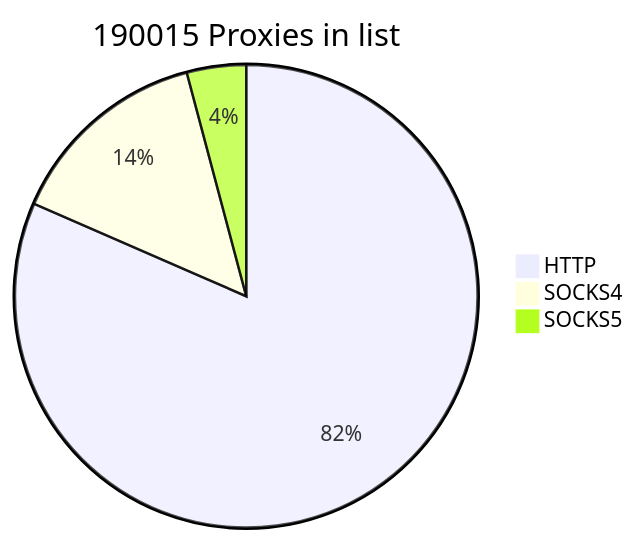
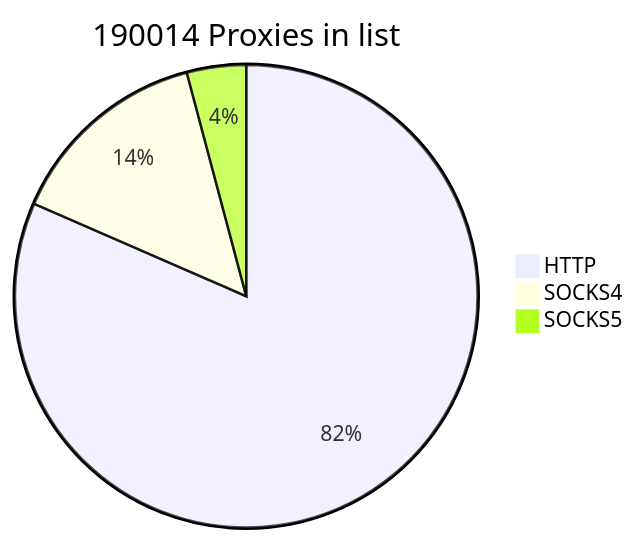
One commit to cutipu/proxylist changed the first of 2 diagrams in README.md. Above: the diagram before and after it, drawn with Mermaid. The commit also changed other lines of this file, not shown here.

````diff
--- a/README.md
+++ b/README.md
@@ -2,7 +2,7 @@
 ```mermaid
-pie title 190015 Proxies in list
+pie title 190014 Proxies in list
     "HTTP" : 154943
     "SOCKS4" : 27208
-    "SOCKS5" : 7864
+    "SOCKS5" : 7863
             
 ```
````
